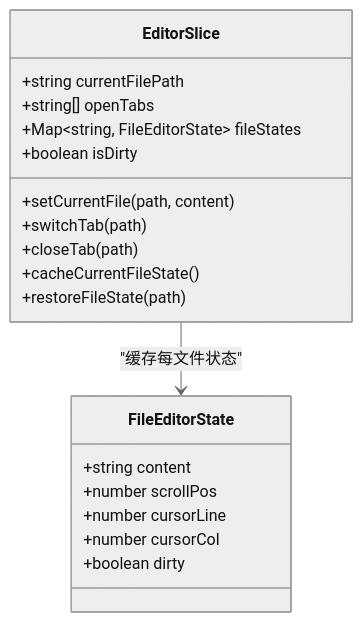
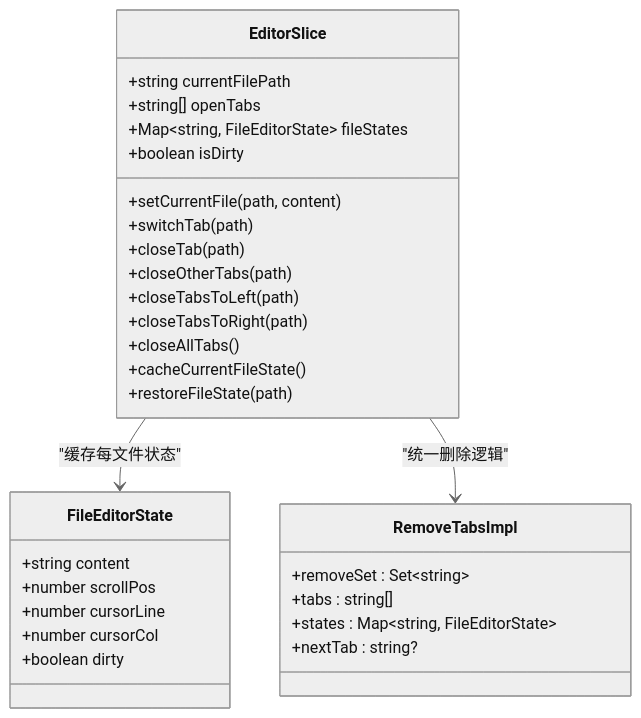
The fifth of 7 diagrams in .qoder/repowiki/zh/content/布局系统/标签页系统.md (gongshiyun/ZenNote), drawn with Mermaid (neutral theme) before and after one commit. The commit also changed other lines of this file and 38 other files, not shown here.

````diff
--- a/.qoder/repowiki/zh/content/布局系统/标签页系统.md
+++ b/.qoder/repowiki/zh/content/布局系统/标签页系统.md
@@ -194,22 +283,33 @@
 ```mermaid
 classDiagram
 class EditorSlice {
 +string currentFilePath
 +string[] openTabs
 +Map~string, FileEditorState~ fileStates
 +boolean isDirty
 +setCurrentFile(path, content)
 +switchTab(path)
 +closeTab(path)
++closeOtherTabs(path)
++closeTabsToLeft(path)
++closeTabsToRight(path)
++closeAllTabs()
 +cacheCurrentFileState()
 +restoreFileState(path)
 }
 class FileEditorState {
 +string content
 +number scrollPos
 +number cursorLine
 +number cursorCol
 +boolean dirty
 }
+class RemoveTabsImpl {
++removeSet : Set~string~
++tabs : string[]
++states : Map~string, FileEditorState~
++nextTab : string?
+}
 EditorSlice --> FileEditorState : "缓存每文件状态"
+EditorSlice --> RemoveTabsImpl : "统一删除逻辑"
 ```
````
